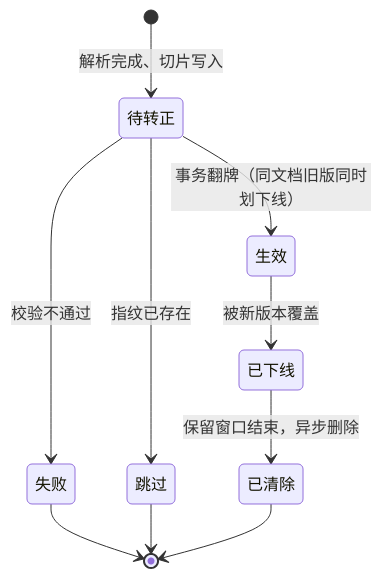
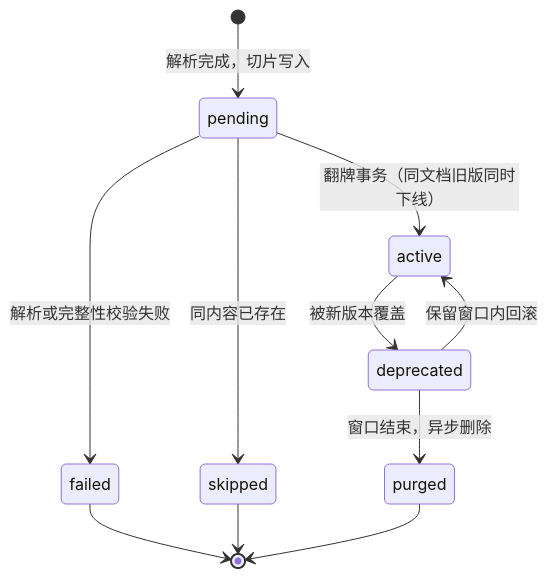
The third of 16 diagrams in 详细设计.md (kvchen95/ai-rag), drawn with Mermaid before and after one commit. The commit also changed other lines of this file and 4 other files, not shown here.

First line of the commit message:
docs: 按当前实现重写架构图集、概要设计与详细设计

````diff
--- a/详细设计.md
+++ b/详细设计.md
@@ -64,12 +66,13 @@
 ```mermaid
 stateDiagram-v2
-    [*] --> 待转正: 解析完成、切片写入
-    待转正 --> 生效: 事务翻牌（同文档旧版同时划下线）
-    生效 --> 已下线: 被新版本覆盖
-    已下线 --> 已清除: 保留窗口结束，异步删除
-    待转正 --> 失败: 校验不通过
-    失败 --> [*]
-    待转正 --> 跳过: 指纹已存在
-    跳过 --> [*]
-    已清除 --> [*]
+    [*] --> pending: 解析完成，切片写入
+    pending --> active: 翻牌事务（同文档旧版同时下线）
+    active --> deprecated: 被新版本覆盖
+    deprecated --> active: 保留窗口内回滚
+    deprecated --> purged: 窗口结束，异步删除
+    pending --> failed: 解析或完整性校验失败
+    pending --> skipped: 同内容已存在
+    failed --> [*]
+    skipped --> [*]
+    purged --> [*]
 ```
````
